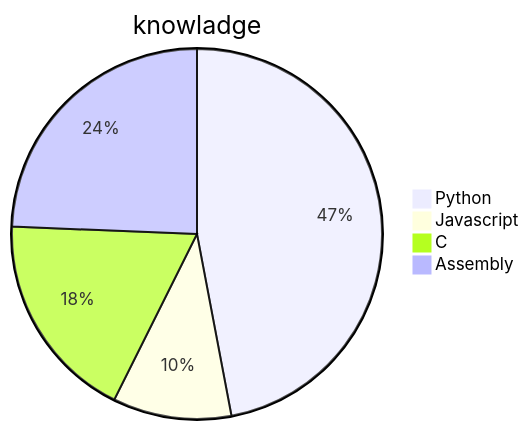
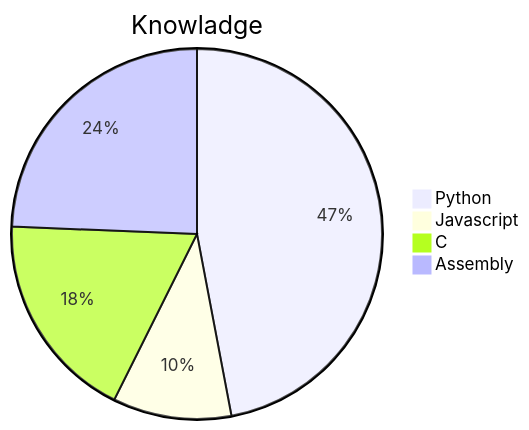
The diagram in _tabs/about.md (NobleLip/noblelip.github.io), drawn with Mermaid before and after one commit. The commit also changed 1 other file, not shown here.

````diff
--- a/_tabs/about.md
+++ b/_tabs/about.md
@@ -12,8 +12,7 @@
 ```mermaid
-pie
-    title knowladge
+ pie title Knowladge
     "Python" : 386
     "Javascript" : 85
     "C" : 150 
     "Assembly" : 200
 ```
````
